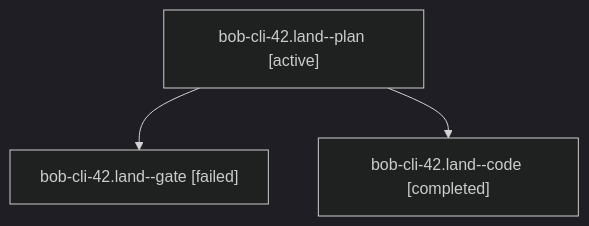
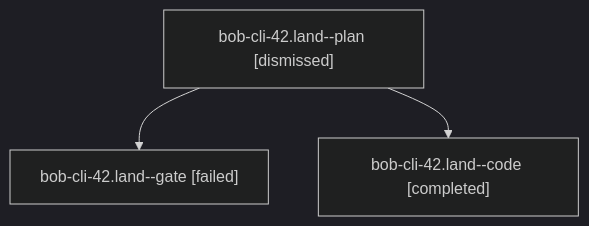
The diagram in sessions/bbugyi200.apollo.bob-cli-42.land.md (bobs-org/bob-cli--agents), drawn with Mermaid (dark theme) before and after one commit. The commit also changed other lines of this file and 71 other files, not shown here.

````diff
--- a/sessions/bbugyi200.apollo.bob-cli-42.land.md
+++ b/sessions/bbugyi200.apollo.bob-cli-42.land.md
@@ -9,8 +9,8 @@
 ```mermaid
 flowchart TD
-  n0["bob-cli-42.land--plan [active]"]
+  n0["bob-cli-42.land--plan [dismissed]"]
   n1["bob-cli-42.land--gate [failed]"]
   n0 --> n1
   n2["bob-cli-42.land--code [completed]"]
   n0 --> n2
 ```
````
